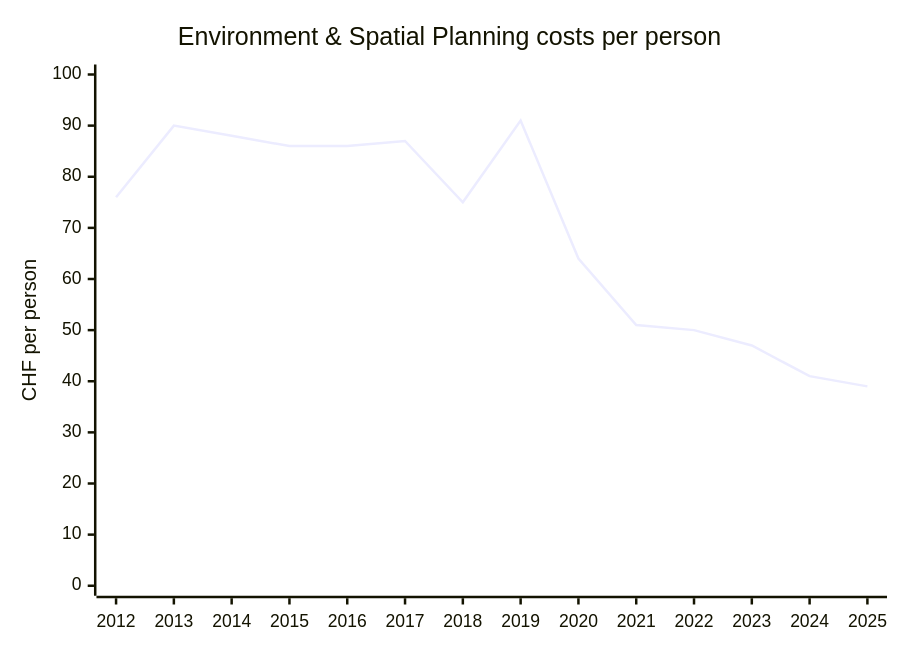
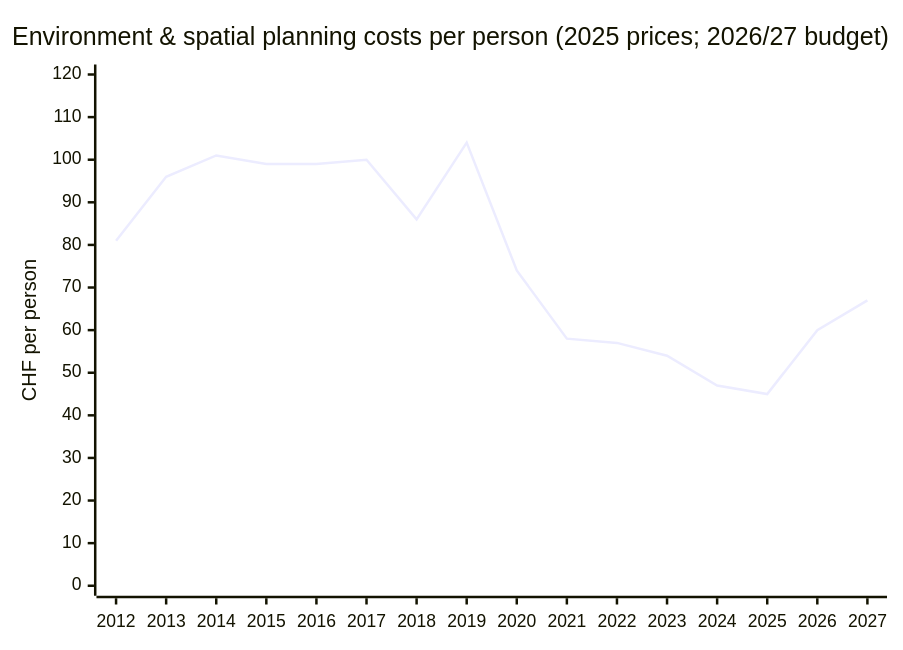
Before and after one commit to risajef/risajef.github.io: the ninth of 14 diagrams in docs/politik/finanzen-beringen.en.md, drawn with Mermaid. The commit also changed other lines of this file and 1 other file, not shown here.

````diff
--- a/docs/politik/finanzen-beringen.en.md
+++ b/docs/politik/finanzen-beringen.en.md
@@ -129,7 +154,7 @@
 ```mermaid
 xychart
-title "Environment & Spatial Planning costs per person"
-x-axis [2012, 2013, 2014, 2015, 2016, 2017, 2018, 2019, 2020, 2021, 2022, 2023, 2024, 2025]
-y-axis "CHF per person" 0 --> 100
-line [76, 90, 88, 86, 86, 87, 75, 91, 64, 51, 50, 47, 41, 39]
+title "Environment & spatial planning costs per person (2025 prices; 2026/27 budget)"
+x-axis [2012, 2013, 2014, 2015, 2016, 2017, 2018, 2019, 2020, 2021, 2022, 2023, 2024, 2025, 2026, 2027]
+y-axis "CHF per person" 0 --> 120
+line [81, 96, 101, 99, 99, 100, 86, 104, 74, 58, 57, 54, 47, 45, 60, 67]
 ```
````
